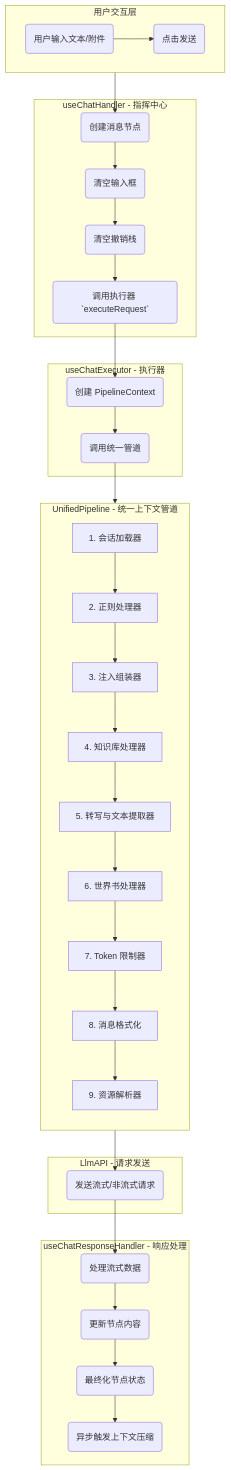
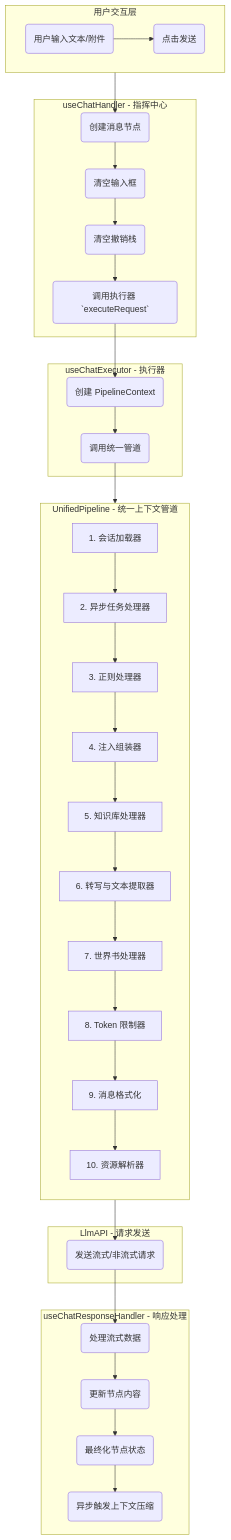
Before and after one commit to miaotouy/aio-hub: the second of 2 diagrams in src/tools/llm-chat/ARCHITECTURE.md, drawn with Mermaid. The commit also changed other lines of this file and 3 other files, not shown here.

````diff
--- a/src/tools/llm-chat/ARCHITECTURE.md
+++ b/src/tools/llm-chat/ARCHITECTURE.md
@@ -540,48 +544,49 @@
 ```mermaid
 graph TD
     subgraph A [用户交互层]
         direction LR
         A1(用户输入文本/附件) --> A2(点击发送)
     end
 
     subgraph B [useChatHandler - 指挥中心]
         B1(创建消息节点) --> B2(清空输入框)
         B2 --> B3(清空撤销栈)
         B3 --> B4(调用执行器 `executeRequest`)
     end
 
     subgraph C [useChatExecutor - 执行器]
         C1(创建 PipelineContext) --> C2(调用统一管道)
     end
 
     subgraph D [UnifiedPipeline - 统一上下文管道]
         direction TB
         D1[1. 会话加载器]
-        D2[2. 正则处理器]
-        D3[3. 注入组装器]
-        D4[4. 知识库处理器]
-        D5[5. 转写与文本提取器]
-        D6[6. 世界书处理器]
-        D7[7. Token 限制器]
-        D8[8. 消息格式化]
-        D9[9. 资源解析器]
+        D2[2. 异步任务处理器]
+        D3[3. 正则处理器]
+        D4[4. 注入组装器]
+        D5[5. 知识库处理器]
+        D6[6. 转写与文本提取器]
+        D7[7. 世界书处理器]
+        D8[8. Token 限制器]
+        D9[9. 消息格式化]
+        D10[10. 资源解析器]
 
-        D1 --> D2 --> D3 --> D4 --> D5 --> D6 --> D7 --> D8 --> D9
+        D1 --> D2 --> D3 --> D4 --> D5 --> D6 --> D7 --> D8 --> D9 --> D10
     end
 
     subgraph E [LlmAPI - 请求发送]
         E1(发送流式/非流式请求)
     end
 
     subgraph F [useChatResponseHandler - 响应处理]
         F1(处理流式数据) --> F2(更新节点内容)
         F2 --> F3(最终化节点状态)
         F3 --> F4(异步触发上下文压缩)
     end
 
     A2 --> B1
     B4 --> C1
     C2 --> D
-    D8 --> E1
+    D10 --> E1
     E1 --> F1
 ```
````
